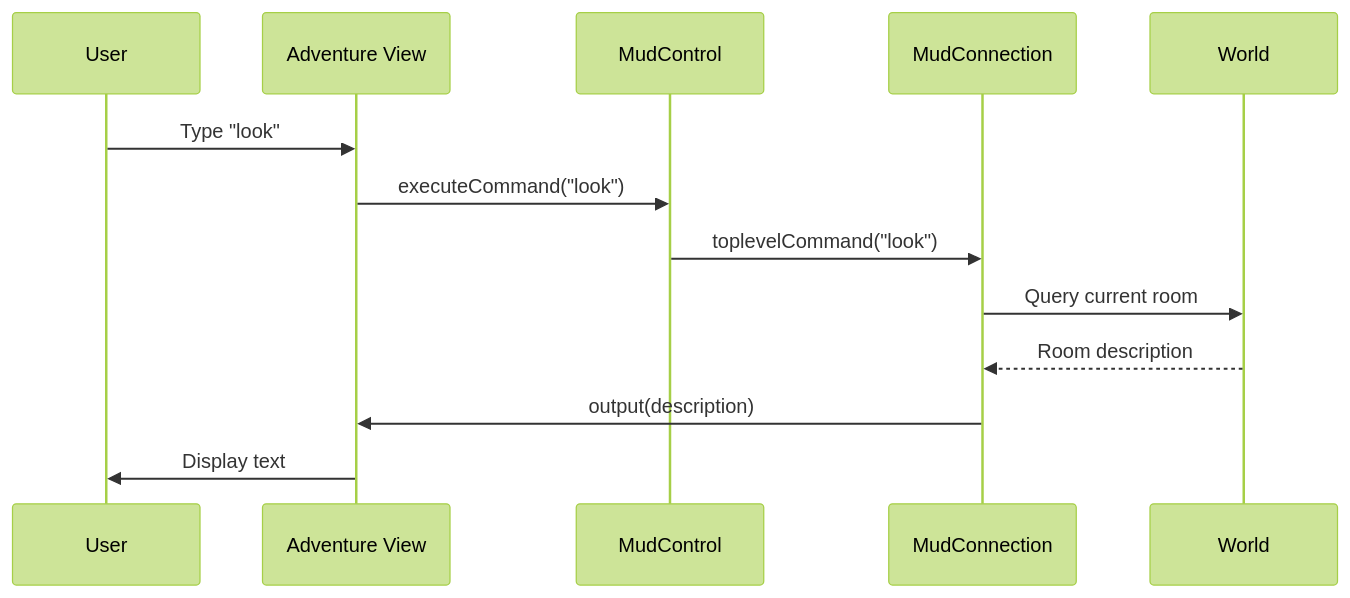
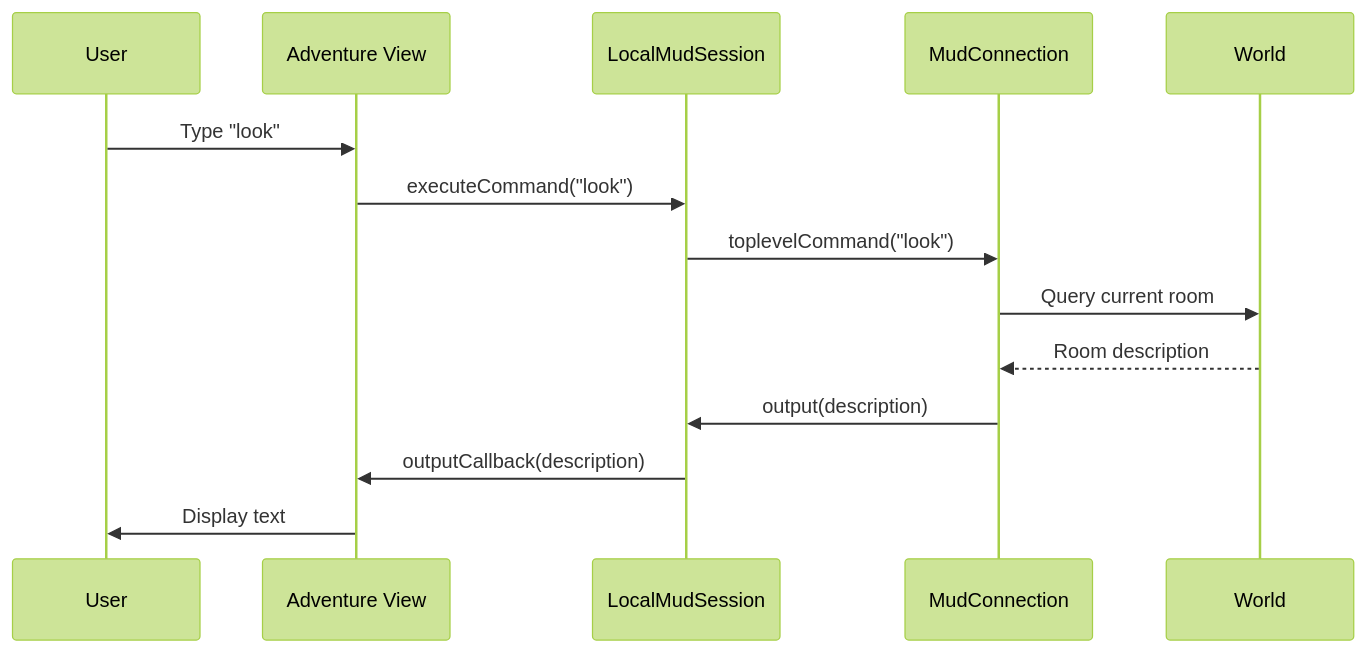
Before and after one commit to zot/hollow-world: the second of 4 diagrams in specs/integrate-textcraft.md, drawn with Mermaid (forest theme). The commit also changed other lines of this file, not shown here.

````diff
--- a/specs/integrate-textcraft.md
+++ b/specs/integrate-textcraft.md
@@ -703,16 +898,17 @@
 ```mermaid
 sequenceDiagram
     participant User
     participant AdvView as Adventure View
-    participant MudControl
+    participant LocalSession as LocalMudSession
     participant MudConn as MudConnection
     participant World
 
     User->>AdvView: Type "look"
-    AdvView->>MudControl: executeCommand("look")
-    MudControl->>MudConn: toplevelCommand("look")
+    AdvView->>LocalSession: executeCommand("look")
+    LocalSession->>MudConn: toplevelCommand("look")
     MudConn->>World: Query current room
     World-->>MudConn: Room description
-    MudConn->>AdvView: output(description)
+    MudConn->>LocalSession: output(description)
+    LocalSession->>AdvView: outputCallback(description)
     AdvView->>User: Display text
 ```
````
